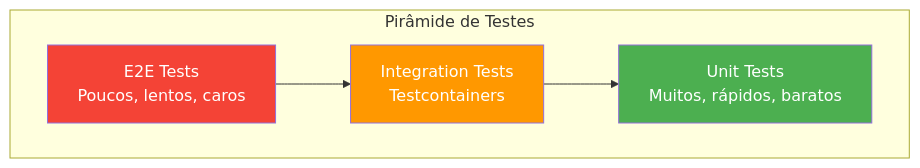
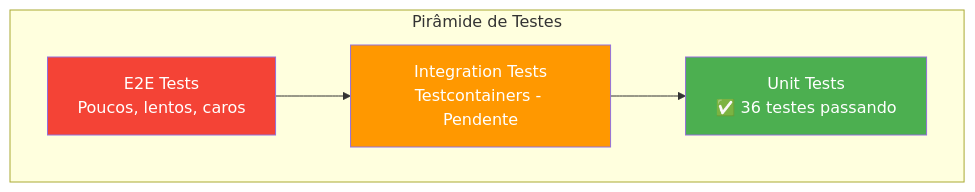
The diagram in docs/testes.md (camilalimagodin/ms-manager-order-service), drawn with Mermaid before and after one commit. The commit also changed other lines of this file and 29 other files, not shown here.

````diff
--- a/docs/testes.md
+++ b/docs/testes.md
@@ -11,14 +11,14 @@
 ```mermaid
 graph TB
     subgraph "Pirâmide de Testes"
         E2E[E2E Tests<br/>Poucos, lentos, caros]
-        INT[Integration Tests<br/>Testcontainers]
-        UNIT[Unit Tests<br/>Muitos, rápidos, baratos]
+        INT[Integration Tests<br/>Testcontainers - Pendente]
+        UNIT[Unit Tests<br/>✅ 36 testes passando]
     end
     
     E2E --> INT --> UNIT
     
     style UNIT fill:#4caf50,color:#fff
     style INT fill:#ff9800,color:#fff
     style E2E fill:#f44336,color:#fff
 ```
````
